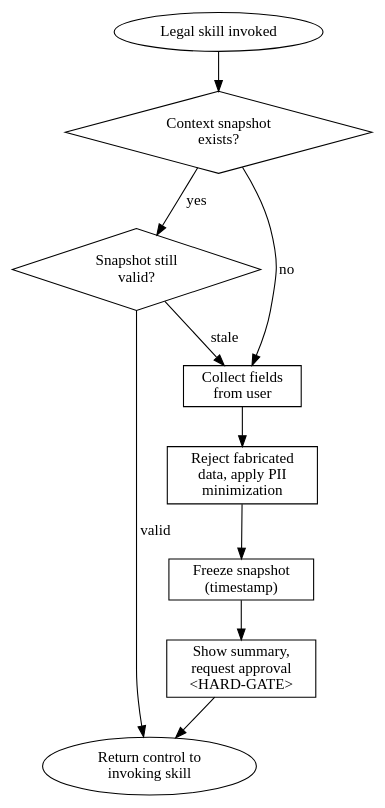
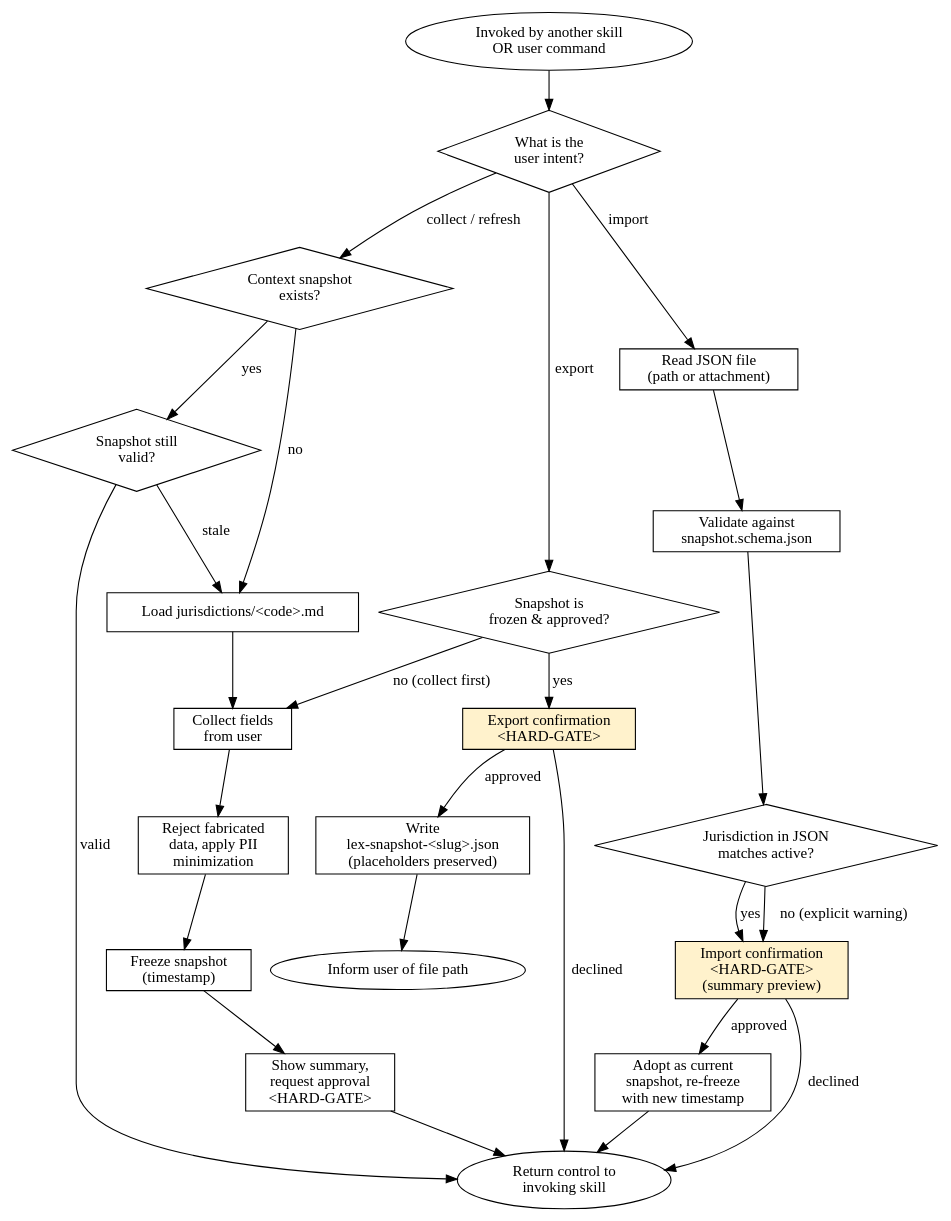
Before and after one commit to avSercanKoc/superlex-skills: the diagram in skills/lawyer-context-manager/SKILL.md, drawn with Graphviz. The commit also changed other lines of this file and 4 other files, not shown here.

````diff
--- a/skills/lawyer-context-manager/SKILL.md
+++ b/skills/lawyer-context-manager/SKILL.md
@@ -44,23 +67,60 @@
 ```dot
 digraph context_flow {
     rankdir=TB;
-    start    [label="Legal skill invoked" shape=ellipse];
+
+    start    [label="Invoked by another skill\nOR user command" shape=ellipse];
+    branch   [label="What is the\nuser intent?" shape=diamond];
+
+    // Normal collect / validate branch
     exists   [label="Context snapshot\nexists?" shape=diamond];
     fresh    [label="Snapshot still\nvalid?" shape=diamond];
+    loadJ    [label="Load jurisdictions/<code>.md" shape=box];
     collect  [label="Collect fields\nfrom user" shape=box];
     validate [label="Reject fabricated\ndata, apply PII\nminimization" shape=box];
     freeze   [label="Freeze snapshot\n(timestamp)" shape=box];
     confirm  [label="Show summary,\nrequest approval\n<HARD-GATE>" shape=box];
     ready    [label="Return control to\ninvoking skill" shape=ellipse];
 
-    start    -> exists;
+    // Export branch
+    exportChk [label="Snapshot is\nfrozen & approved?" shape=diamond];
+    exportGate[label="Export confirmation\n<HARD-GATE>" shape=box style=filled fillcolor="#fff2cc"];
+    writeJson [label="Write\nlex-snapshot-<slug>.json\n(placeholders preserved)" shape=box];
+    exportDone[label="Inform user of file path" shape=ellipse];
+
+    // Import branch
+    readJson  [label="Read JSON file\n(path or attachment)" shape=box];
+    schemaVal [label="Validate against\nsnapshot.schema.json" shape=box];
+    jurCheck  [label="Jurisdiction in JSON\nmatches active?" shape=diamond];
+    importGate[label="Import confirmation\n<HARD-GATE>\n(summary preview)" shape=box style=filled fillcolor="#fff2cc"];
+    adopt     [label="Adopt as current\nsnapshot, re-freeze\nwith new timestamp" shape=box];
+
+    start    -> branch;
+    branch   -> exists    [label="collect / refresh"];
+    branch   -> exportChk [label="export"];
+    branch   -> readJson  [label="import"];
+
     exists   -> fresh   [label="yes"];
-    exists   -> collect [label="no"];
+    exists   -> loadJ   [label="no"];
     fresh    -> ready   [label="valid"];
-    fresh    -> collect [label="stale"];
+    fresh    -> loadJ   [label="stale"];
+    loadJ    -> collect;
     collect  -> validate;
     validate -> freeze;
     freeze   -> confirm;
     confirm  -> ready;
+
+    exportChk -> exportGate [label="yes"];
+    exportChk -> collect    [label="no (collect first)"];
+    exportGate -> writeJson [label="approved"];
+    exportGate -> ready     [label="declined"];
+    writeJson  -> exportDone;
+
+    readJson  -> schemaVal;
+    schemaVal -> jurCheck;
+    jurCheck  -> importGate [label="yes"];
+    jurCheck  -> importGate [label="no (explicit warning)"];
+    importGate -> adopt   [label="approved"];
+    importGate -> ready   [label="declined"];
+    adopt     -> ready;
 }
 ```
````
